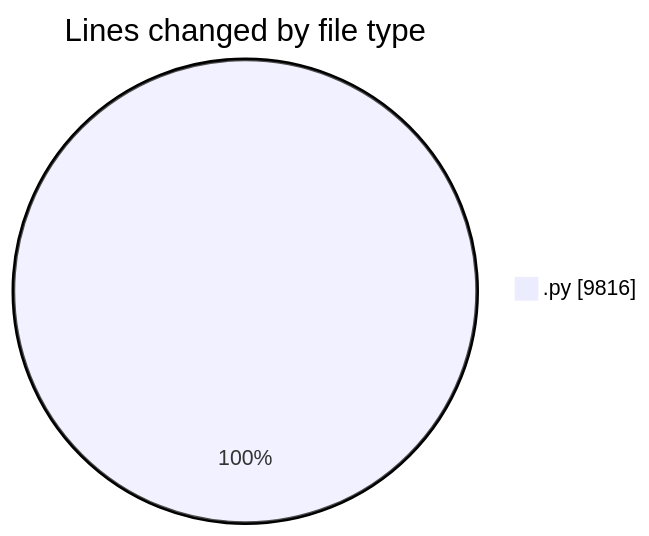
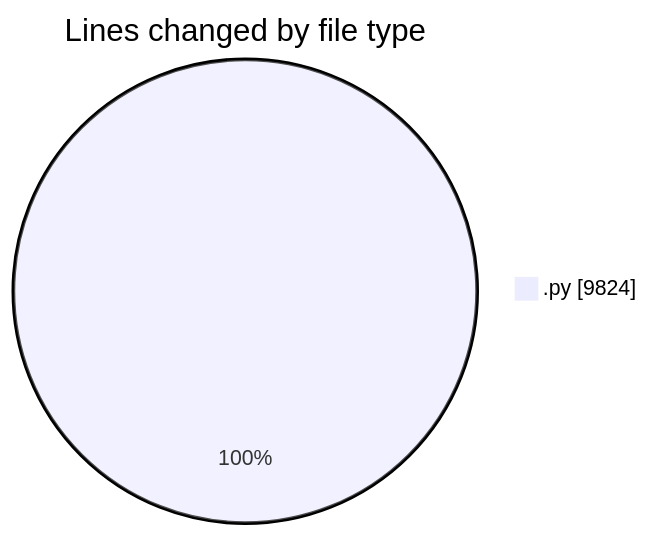
The first of 2 diagrams in 2025-04-12/myws__workspace_/README.md (MatusMokan/code-tracking), drawn with Mermaid before and after one commit. The commit also changed other lines of this file and 1 other file, not shown here.

````diff
--- a/2025-04-12/myws__workspace_/README.md
+++ b/2025-04-12/myws__workspace_/README.md
@@ -29,5 +29,5 @@
 ```mermaid
 pie showData
 title Lines changed by file type
-".py" : 9816
+".py" : 9824
 ```
````
